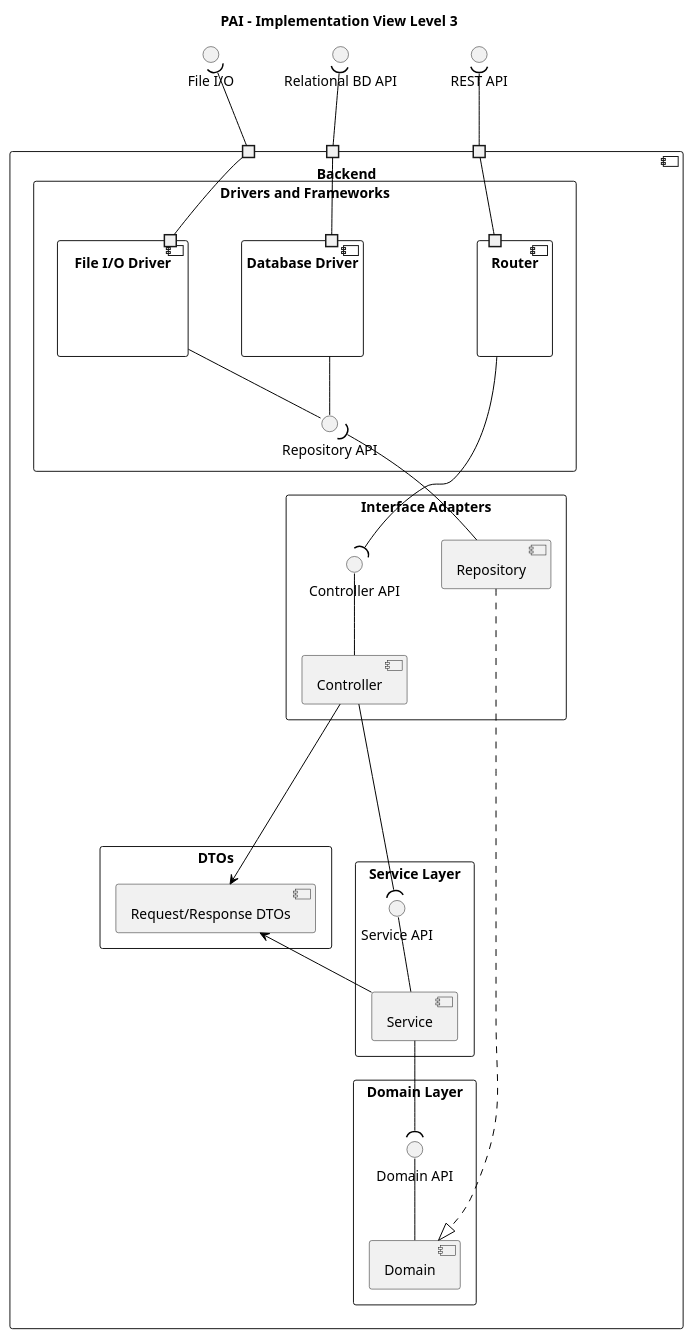
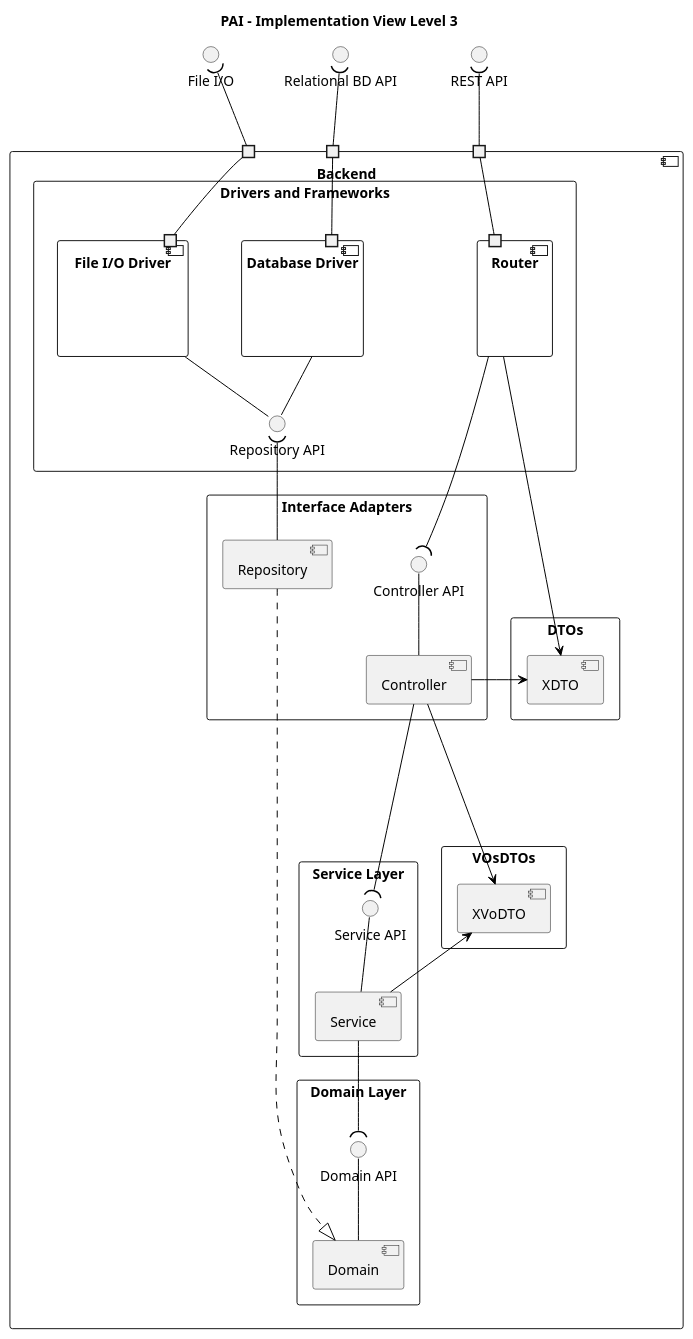
Before and after one commit to GasparISEP/DevOps-PAI: the diagram in docs/US05/sprint7/ImplementationView/ImplementationView_Level3.puml, drawn with PlantUML. The commit also changed 1 other file, not shown here.

```diff
--- a/docs/US05/sprint7/ImplementationView/ImplementationView_Level3.puml
+++ b/docs/US05/sprint7/ImplementationView/ImplementationView_Level3.puml
@@ -1,88 +1,96 @@
 @startuml
 
 skinparam ArrowColor black
 skinparam defaultTextAlignment center
 
 title "PAI - Implementation View Level 3"
 
 interface "REST API" as RESTAPI
 interface "File I/O" as FileIO
 interface "Relational BD API" as BDAPI
 
 component "Backend" {
     portin " " as pRest
     portin " " as pFileIO
     portin " " as pBD
 
     ' ===== Drivers and Frameworks =====
     rectangle "Drivers and Frameworks" {
         component "Router" as Router {
             portin " " as pRouter
         }
         component "Database Driver" as DBD {
             portin " " as pDBD
         }
         component "File I/O Driver" as FIO {
             portin " " as pFIO
         }
 
         pRouter -up- pRest
         pDBD -up- pBD
         pFIO -up- pFileIO
 
         interface "Repository API" as IRepositoryAPI
 
         DBD -down- IRepositoryAPI
         FIO -down- IRepositoryAPI
     }
     ' ===== DTOs =====
     rectangle "DTOs" {
-        component "Request/Response DTOs"
+        component "XDTO"
     }
 
     ' ===== Interface Adapters =====
     rectangle "Interface Adapters" {
         component Repository
         component Controller
 
         interface "Controller API" as IControllerAPI
 
         Controller -up- IControllerAPI
+    }
+
+    ' ===== VOsDTOs =====
+    rectangle "VOsDTOs" {
+        component "XVoDTO"
     }
 
     ' ===== Service Layer =====
     rectangle "Service Layer" {
         component Service
         interface "Service API" as IServiceAPI
 
         Service -up- IServiceAPI
     }
 
     ' ===== Domain Layer =====
     rectangle "Domain Layer" {
         component Domain
         interface "Domain API" as IDomainAPI
 
         Domain -up- IDomainAPI
     }
 
     ' ===== External Interfaces =====
     pRest -up-( RESTAPI
     pFileIO -up-( FileIO
     pBD -up-( BDAPI
 
     ' ===== Connections =====
     Router -up-( IControllerAPI
     Repository -up-( IRepositoryAPI
 
     Controller -right-( IServiceAPI
     Service -down-( IDomainAPI
 
     Repository -.|> Domain
 
     ' ===== DTO Interactions =====
-    "Request/Response DTOs" <--up-- Controller
-    "Request/Response DTOs" <-- Service
+    "XDTO" <--up-- Router
+    "XDTO" <-- Controller
+
+    "XVoDTO" <--up-- Controller
+    "XVoDTO" <-- Service
 }
 
 @enduml
```
